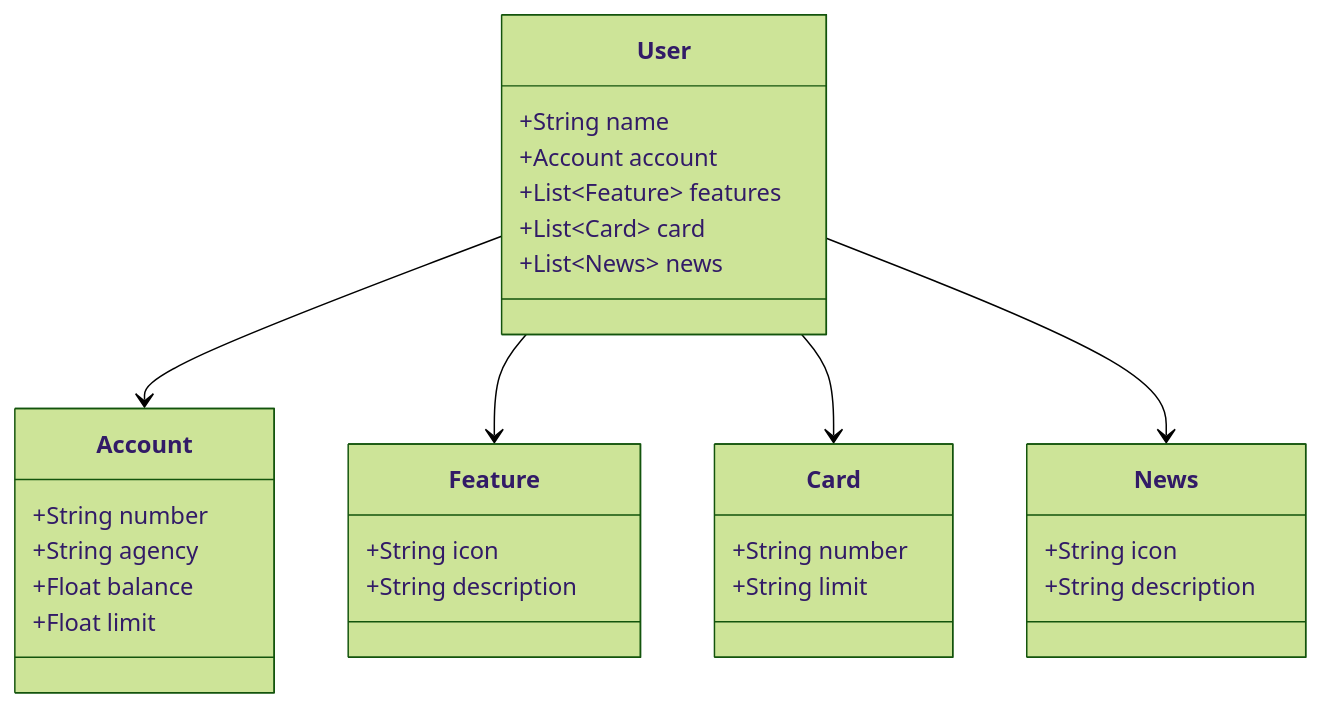
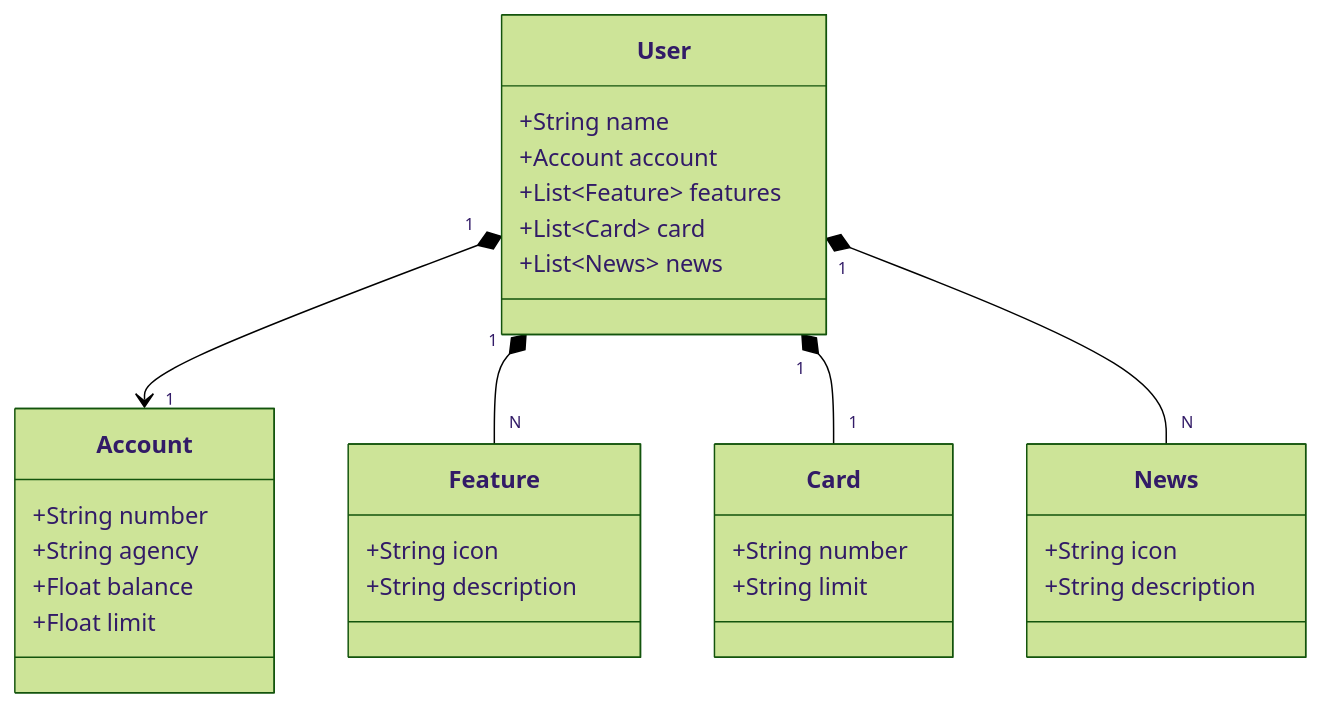
One commit to DiegoFerreira1/dio-java-spring changed the diagram in santander-dev-week/src/main/java/me/dio/abstracao/Diagrama.md. Above: the diagram before and after it, drawn with Mermaid (forest theme). The commit also changed other lines of this file, not shown here.

Commit message:
Diagrama de classes concluido

````diff
--- a/santander-dev-week/src/main/java/me/dio/abstracao/Diagrama.md
+++ b/santander-dev-week/src/main/java/me/dio/abstracao/Diagrama.md
@@ -7,38 +7,38 @@
 ```mermaid
 classDiagram
 
 class User {
     +String name
     +Account account
     +List~Feature~ features
     +List~Card~ card
     +List~News~ news
 }
 
 class Account {
     +String number
     +String agency
     +Float balance
     +Float limit
 }
 
 class Feature {
     +String icon
     +String description
 }
 
 class Card {
     +String number
     +String limit
 }
 
 class News {
     +String icon
     +String description
 }
 
-User --> Account
-User --> Feature
-User --> Card
-User --> News
+User "1" *--> "1" Account
+User "1" *-- "N" Feature
+User "1" *-- "1" Card
+User "1" *-- "N" News
 ```
````
